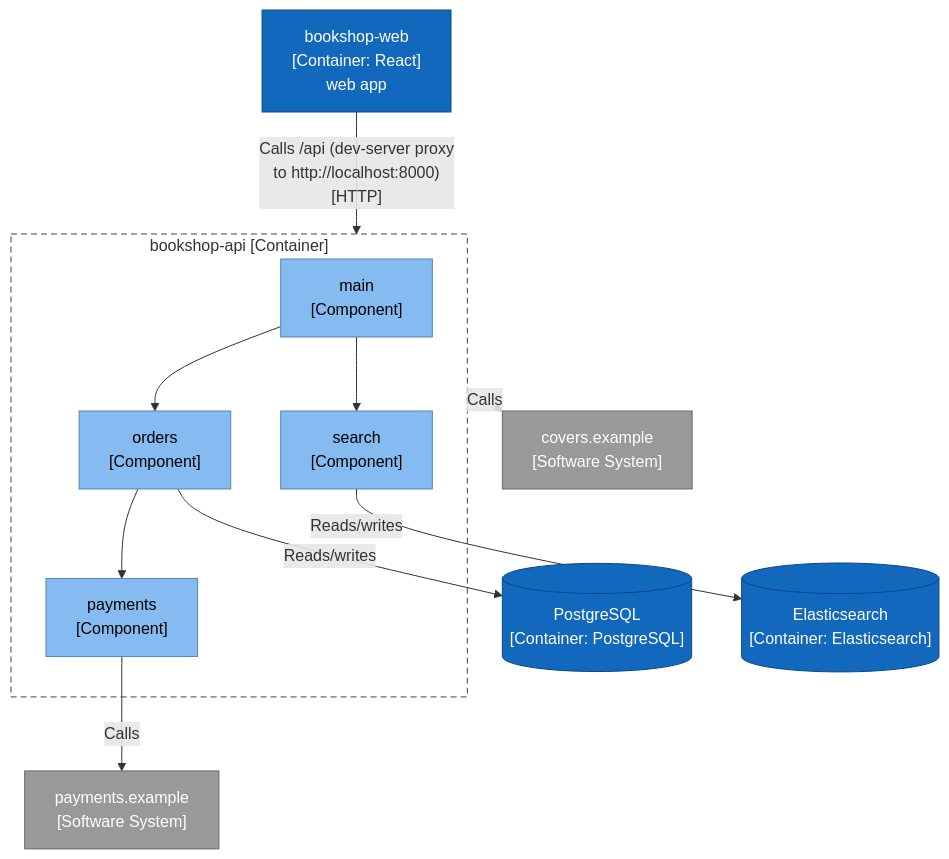
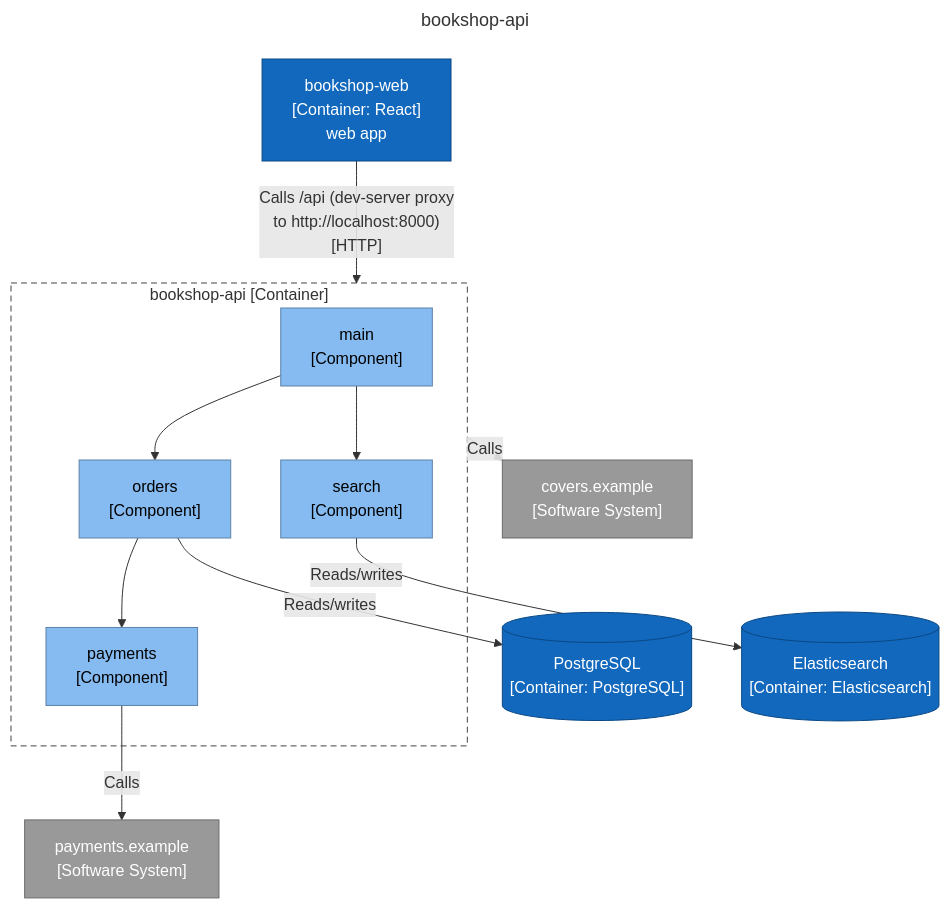
Before and after one commit to ythalorossy/architecture-skills: the second of 5 diagrams in tests/golden/bookshop/output/ArchitectureReport.md, drawn with Mermaid. The commit also changed other lines of this file and 56 other files, not shown here.

First line of the commit message:
feat(c4): title every diagram and add one Key to the report

````diff
--- a/tests/golden/bookshop/output/ArchitectureReport.md
+++ b/tests/golden/bookshop/output/ArchitectureReport.md
@@ -68,32 +84,35 @@
 ```mermaid
+---
+title: "bookshop-api"
+---
 flowchart TB
     subgraph boundary["bookshop-api [Container]"]
         bookshop_main["main<br/>[Component]"]
         bookshop_orders["orders<br/>[Component]"]
         bookshop_payments["payments<br/>[Component]"]
         bookshop_search["search<br/>[Component]"]
     end
     bookshop_main --> bookshop_orders
     bookshop_main --> bookshop_search
     bookshop_orders --> bookshop_payments
     db_elasticsearch[("Elasticsearch<br/>[Container: Elasticsearch]")]
     bookshop_search -->|"Reads/writes"| db_elasticsearch
     db_postgresql[("PostgreSQL<br/>[Container: PostgreSQL]")]
     bookshop_orders -->|"Reads/writes"| db_postgresql
     ext_payments_example["payments.example<br/>[Software System]"]
     bookshop_payments -->|"Calls"| ext_payments_example
     bookshop_web["bookshop-web<br/>[Container: React]<br/>web app"]
     bookshop_web -->|"Calls /api (dev-server proxy<br/>to http://localhost:8000)<br/>[HTTP]"| boundary
     ext_covers_example["covers.example<br/>[Software System]"]
     boundary -->|"Calls"| ext_covers_example
     classDef person fill:#08427b,stroke:#052e56,color:#ffffff
     classDef container fill:#1168bd,stroke:#0b4884,color:#ffffff
     classDef system fill:#1168bd,stroke:#0b4884,color:#ffffff
     classDef component fill:#85bbf0,stroke:#5d82a8,color:#000000
     classDef external fill:#999999,stroke:#6b6b6b,color:#ffffff
     classDef shared fill:#dbe9f6,stroke:#5d82a8,color:#000000,stroke-dasharray:4 3
     class bookshop_main,bookshop_orders,bookshop_payments,bookshop_search component
     class db_elasticsearch,db_postgresql,bookshop_web container
     class ext_payments_example,ext_covers_example external
     style boundary fill:none,stroke:#444444,stroke-dasharray:6 4
 ```
````
